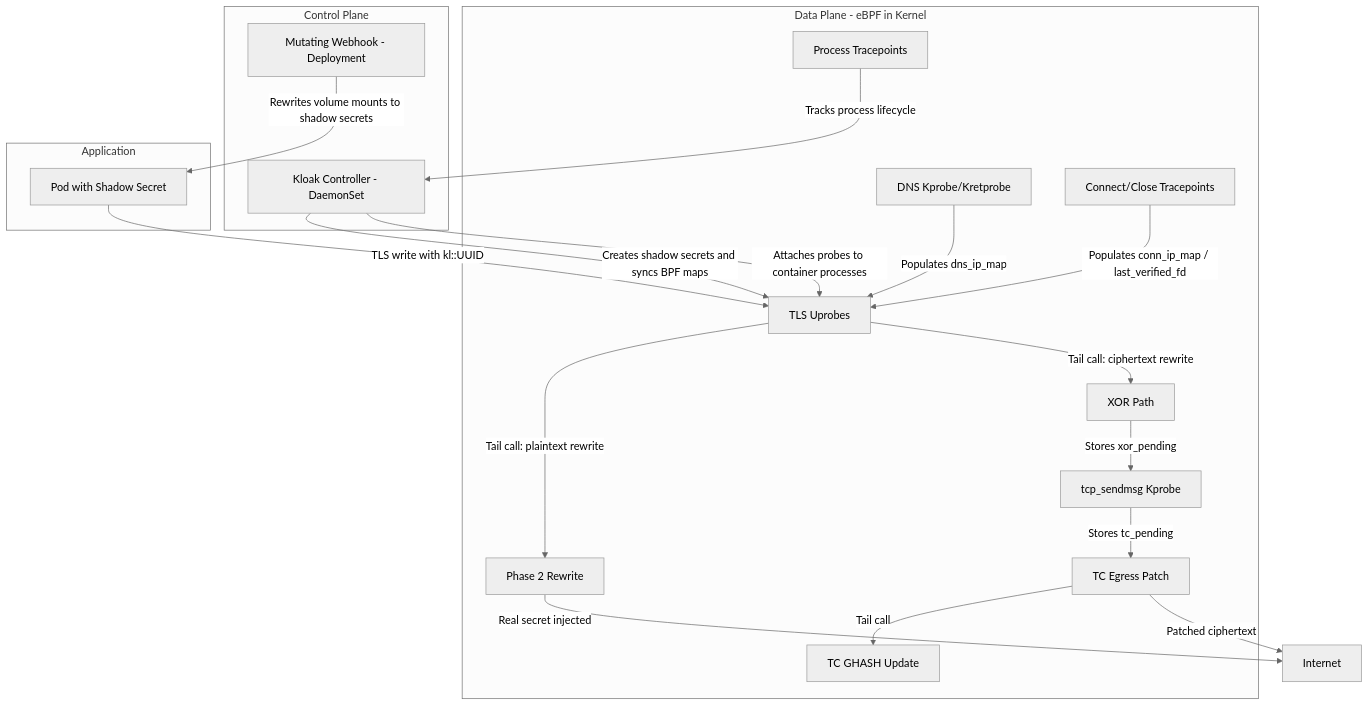
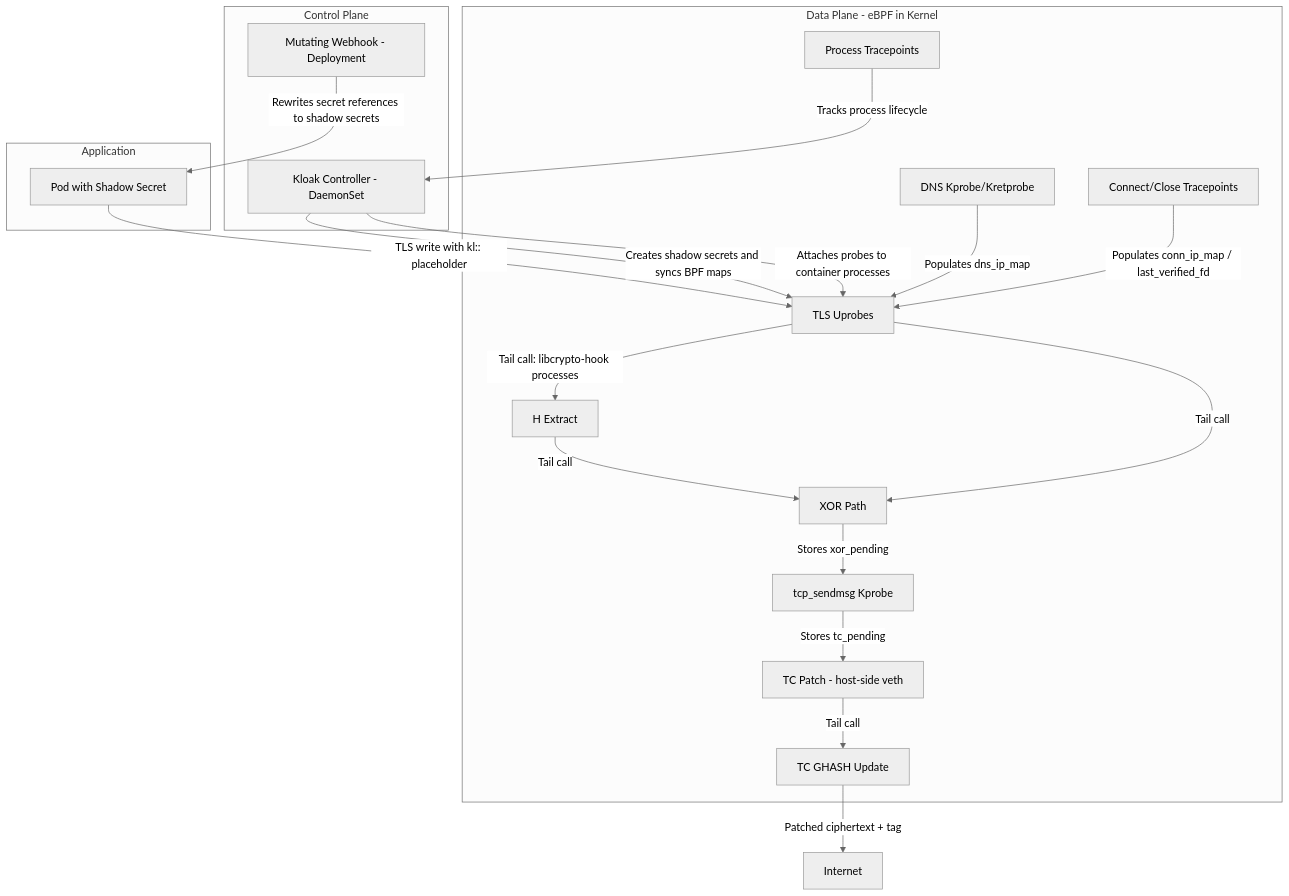
The first of 2 diagrams in README.md (spinningfactory/kloak), drawn with Mermaid (neutral theme) before and after one commit. The commit also changed other lines of this file and 1 other file, not shown here.

First line of the commit message:
docs: describe the ciphertext-only data plane accurately (README + CLAUDE.md) (#318)

````diff
--- a/README.md
+++ b/README.md
@@ -83,38 +83,38 @@
 ```mermaid
 graph TD
     subgraph Control_Plane [Control Plane]
         C[Kloak Controller - DaemonSet]
         W[Mutating Webhook - Deployment]
     end
 
     subgraph Data_Plane [Data Plane - eBPF in Kernel]
         UP[TLS Uprobes]
-        P2[Phase 2 Rewrite]
+        HX[H Extract]
         XOR[XOR Path]
         KP[DNS Kprobe/Kretprobe]
         TP[Connect/Close Tracepoints]
         PROC[Process Tracepoints]
         TCP[tcp_sendmsg Kprobe]
-        TC[TC Egress Patch]
+        TC[TC Patch - host-side veth]
         GHASH[TC GHASH Update]
     end
 
     subgraph App [Application]
         P[Pod with Shadow Secret]
     end
 
     C -->|Creates shadow secrets and syncs BPF maps| UP
     C -->|Attaches probes to container processes| UP
-    W -->|Rewrites volume mounts to shadow secrets| P
-    P -->|TLS write with kl::UUID| UP
-    UP -->|Tail call: plaintext rewrite| P2
-    UP -->|Tail call: ciphertext rewrite| XOR
+    W -->|Rewrites secret references to shadow secrets| P
+    P -->|TLS write with kl:: placeholder| UP
+    UP -->|Tail call: libcrypto-hook processes| HX
+    UP -->|Tail call| XOR
+    HX -->|Tail call| XOR
     XOR -->|Stores xor_pending| TCP
     TCP -->|Stores tc_pending| TC
     TC -->|Tail call| GHASH
-    P2 -->|Real secret injected| Internet
-    TC -->|Patched ciphertext| Internet
+    GHASH -->|Patched ciphertext + tag| Internet
     KP -->|Populates dns_ip_map| UP
     TP -->|Populates conn_ip_map / last_verified_fd| UP
     PROC -->|Tracks process lifecycle| C
 ```
````
